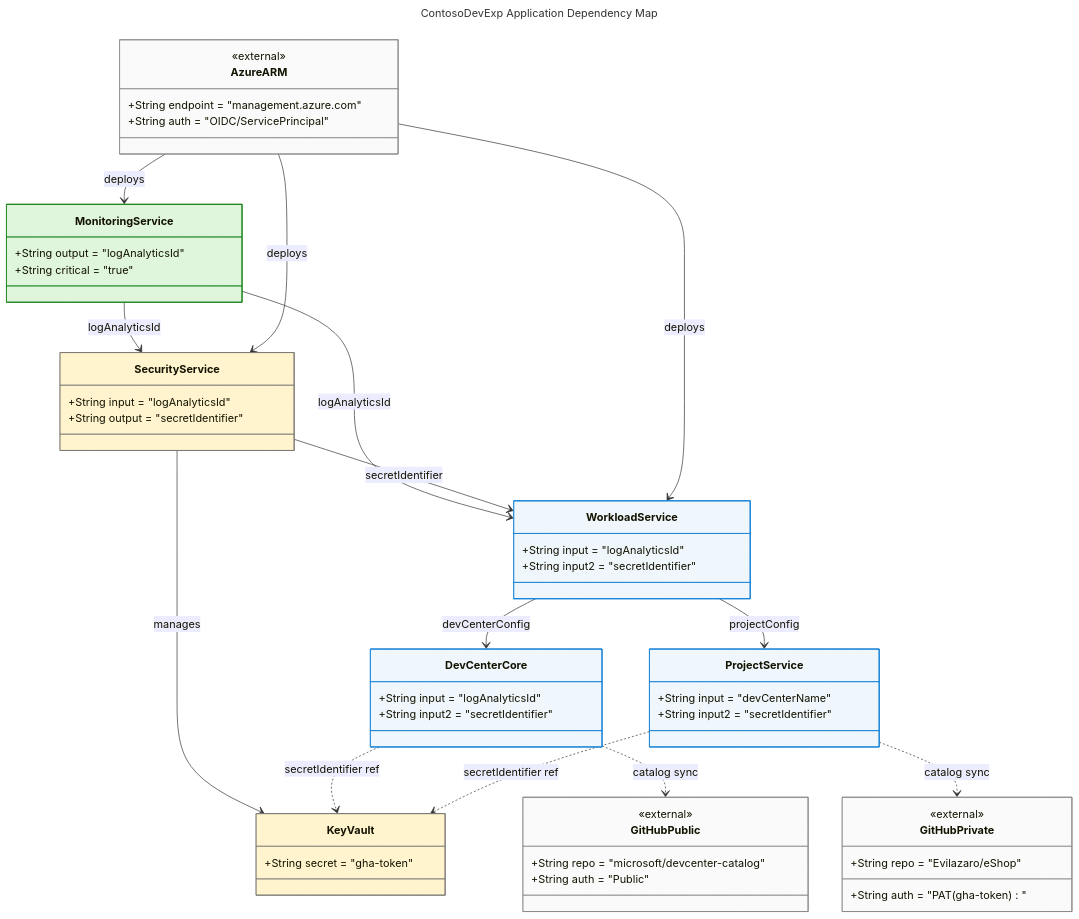
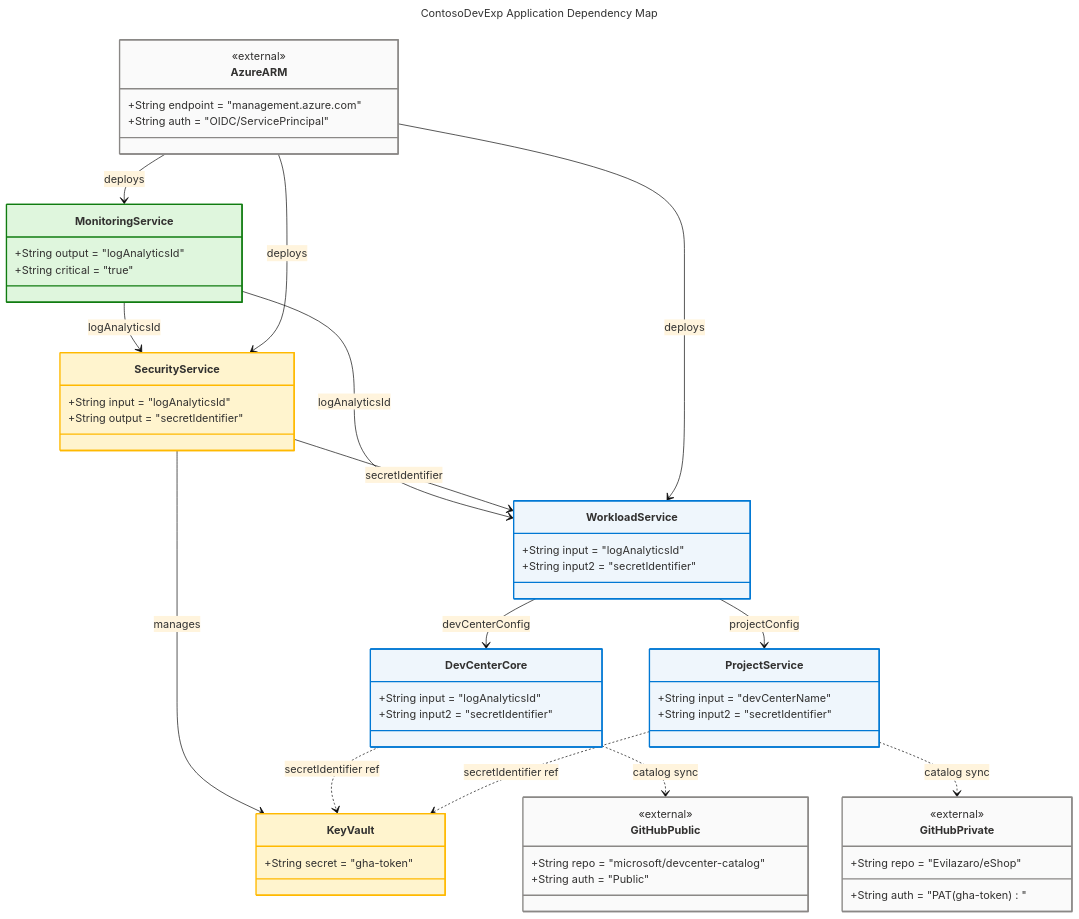
One commit to Evilazaro/DevExp-DevBox changed the fifth of 5 diagrams in docs/architecture/app-arch.md. Above: the diagram before and after it, drawn with Mermaid. The commit also changed other lines of this file and 3 other files, not shown here.

First line of the commit message:
Enhance architecture documentation with detailed descriptions and WCAG compliance

````diff
--- a/docs/architecture/app-arch.md
+++ b/docs/architecture/app-arch.md
@@ -1253,10 +1326,26 @@
 ```mermaid
 ---
-title: ContosoDevExp Application Dependency Map
+title: "ContosoDevExp Application Dependency Map"
+config:
+  theme: base
+  look: classic
+  layout: dagre
+  themeVariables:
+    fontSize: '16px'
 ---
 classDiagram
     accTitle: ContosoDevExp Application Dependency Map
-    accDescr: Shows hard and soft dependency relationships between all application services and external systems
+    accDescr: Shows hard and soft dependency relationships between all application services and external systems. Nodes: AzureARM=neutral, GitHubPublic=neutral, GitHubPrivate=neutral, MonitoringService=success, SecurityService=warning, WorkloadService=core, DevCenterCore=core, ProjectService=core, KeyVault=warning. WCAG AA compliant.
+    %%
+    %% AZURE / FLUENT ARCHITECTURE PATTERN v2.0
+    %% (Semantic + Structural + Font + Accessibility Governance)
+    %%
+    %% PHASE 1 - FLUENT UI: All styling uses approved Fluent UI palette only
+    %% PHASE 2 - GROUPS: Every subgraph has semantic color via style directive
+    %% PHASE 3 - COMPONENTS: Every node has semantic classDef + icon prefix
+    %% PHASE 4 - ACCESSIBILITY: accTitle/accDescr present, WCAG AA contrast
+    %% PHASE 5 - STANDARD: Governance block present, classDefs centralized
+    %%
 
     class AzureARM {
         <<external>>
@@ -1319,13 +1408,13 @@
     DevCenterCore ..> GitHubPublic : catalog sync
     ProjectService ..> GitHubPrivate : catalog sync
 
-    style AzureARM fill:#FAFAFA,stroke:#8A8886
-    style GitHubPublic fill:#FAFAFA,stroke:#8A8886
-    style GitHubPrivate fill:#FAFAFA,stroke:#8A8886
-    style MonitoringService fill:#DFF6DD,stroke:#107C10
-    style SecurityService fill:#FFF4CE,stroke:#797673
-    style WorkloadService fill:#EFF6FC,stroke:#0078D4
-    style DevCenterCore fill:#EFF6FC,stroke:#0078D4
-    style ProjectService fill:#EFF6FC,stroke:#0078D4
-    style KeyVault fill:#FFF4CE,stroke:#797673
+    style AzureARM fill:#FAFAFA,stroke:#8A8886,stroke-width:2px,color:#323130
+    style GitHubPublic fill:#FAFAFA,stroke:#8A8886,stroke-width:2px,color:#323130
+    style GitHubPrivate fill:#FAFAFA,stroke:#8A8886,stroke-width:2px,color:#323130
+    style MonitoringService fill:#DFF6DD,stroke:#107C10,stroke-width:2px,color:#323130
+    style SecurityService fill:#FFF4CE,stroke:#FFB900,stroke-width:2px,color:#323130
+    style WorkloadService fill:#EFF6FC,stroke:#0078D4,stroke-width:2px,color:#323130
+    style DevCenterCore fill:#EFF6FC,stroke:#0078D4,stroke-width:2px,color:#323130
+    style ProjectService fill:#EFF6FC,stroke:#0078D4,stroke-width:2px,color:#323130
+    style KeyVault fill:#FFF4CE,stroke:#FFB900,stroke-width:2px,color:#323130
 ```
````
